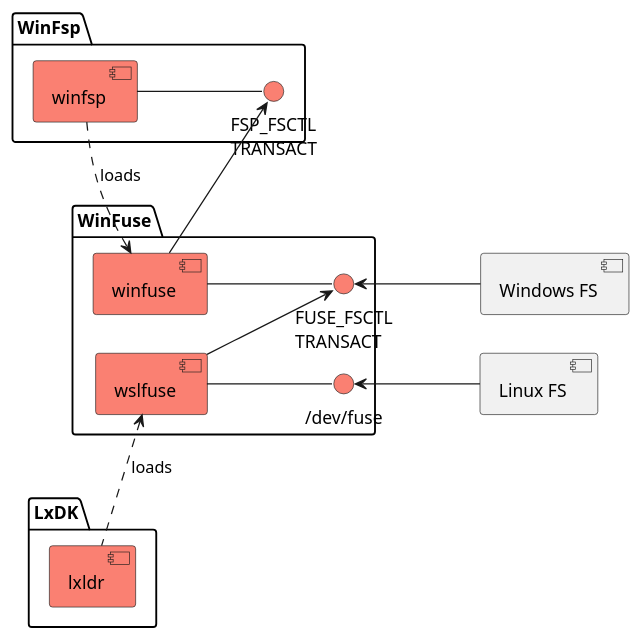
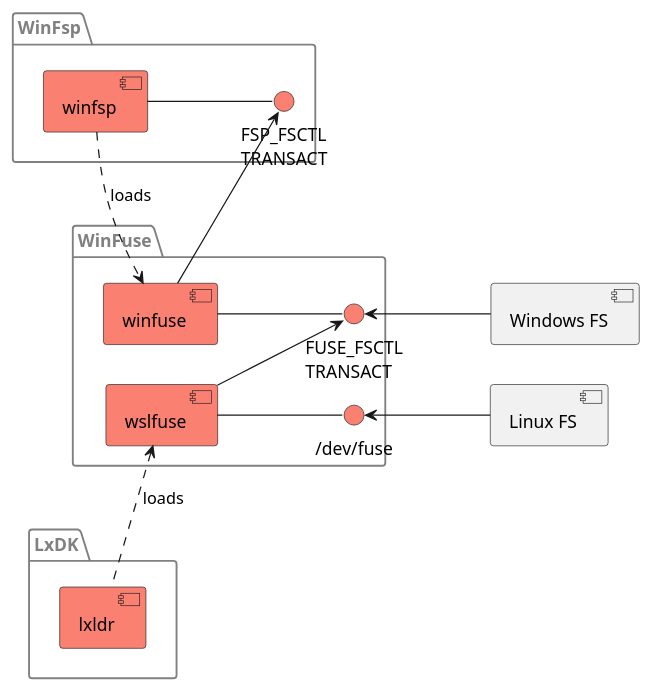
Before and after one commit to billziss-gh/winfuse: the diagram in doc/component.puml, drawn with PlantUML. The commit also changed 1 other file, not shown here.

Commit message:
doc: update component diagram

```diff
--- a/doc/component.puml
+++ b/doc/component.puml
@@ -1,44 +1,55 @@
 skinparam componentStyle uml2
 skinparam nodesep 100
 skinparam ranksep 30
+skinparam package {
+    fontcolor grey
+    borderColor grey
+    shadowing false
+}
 
 package WinFsp {
-    component winfsp #Salmon
-    interface "FSP_FSCTL\nTRANSACT" as FSP_FSCTL_TRANSACT #Salmon
-    winfsp -right- FSP_FSCTL_TRANSACT
+    together {
+        component winfsp #Salmon
+        interface "FSP_FSCTL\nTRANSACT" as FSP_FSCTL_TRANSACT #Salmon
+        winfsp -right- FSP_FSCTL_TRANSACT
+    }
 }
 
 package WinFuse {
-    component winfuse #Salmon
-    interface "FUSE_FSCTL\nTRANSACT" as FUSE_FSCTL_TRANSACT #Salmon
-    winfuse -right- FUSE_FSCTL_TRANSACT
-    component wslfuse #Salmon
-    interface "/dev/fuse" as devfuse #Salmon
-    wslfuse -right- devfuse
+    together {
+        component winfuse #Salmon
+        interface "FUSE_FSCTL\nTRANSACT" as FUSE_FSCTL_TRANSACT #Salmon
+        winfuse -right- FUSE_FSCTL_TRANSACT
+        component wslfuse #Salmon
+        interface "/dev/fuse" as devfuse #Salmon
+        wslfuse -right- devfuse
 
-    winfuse -[hidden]- wslfuse
-    FUSE_FSCTL_TRANSACT -[hidden]- devfuse
+        winfuse -[hidden]- wslfuse
+        FUSE_FSCTL_TRANSACT -[hidden]- devfuse
+    }
 }
 
 package LxDK {
-    component lxldr #Salmon
+    together {
+        component lxldr #Salmon
+    }
 }
 
 winfsp -[hidden]- winfuse
 wslfuse -[hidden]- lxldr
 FSP_FSCTL_TRANSACT -[hidden]- FUSE_FSCTL_TRANSACT
 
 winfuse -up-> FSP_FSCTL_TRANSACT
 wslfuse -up-> FUSE_FSCTL_TRANSACT
 
 winfsp .down.> winfuse: loads
 lxldr .up.> wslfuse: loads
 
 component "Windows FS" as winfs
 component "Linux FS" as wslfs
 winfs -[hidden]- wslfs
 winfuse -[hidden] winfs
 wslfuse -[hidden] wslfs
 
 winfs -left-> FUSE_FSCTL_TRANSACT
 wslfs -left-> devfuse
```
